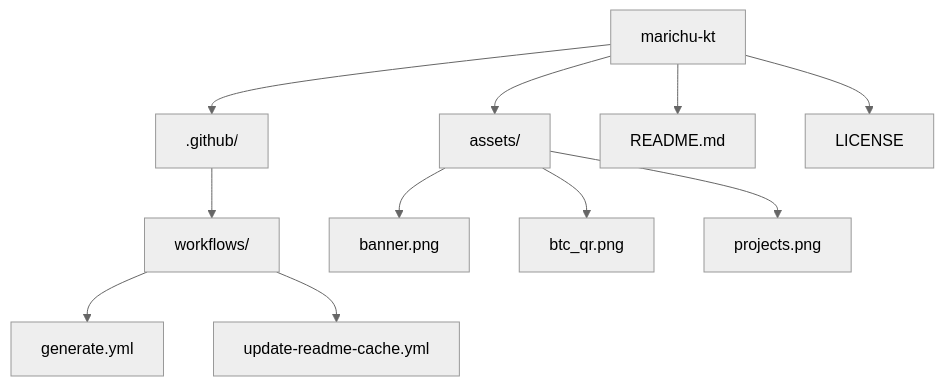
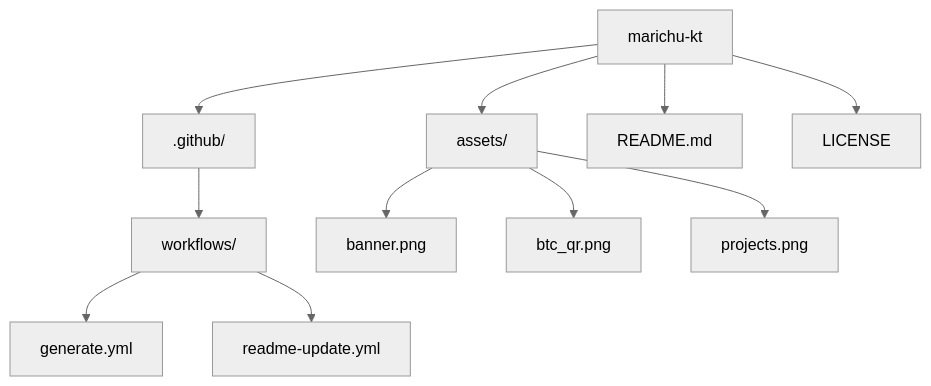
Before and after one commit to marichu-kt/marichu-kt: the diagram in README.md, drawn with Mermaid (neutral theme). The commit also changed other lines of this file, not shown here.

````diff
--- a/README.md
+++ b/README.md
@@ -126,13 +126,13 @@
 ```mermaid
 graph TD
   A[marichu-kt] --> B[.github/]
   B --> C[workflows/]
   C --> D[generate.yml]
-  C --> K[update-readme-cache.yml]
+  C --> K[readme-update.yml]
   A --> E[assets/]
   E --> F[banner.png]
   E --> I[btc_qr.png]
   E --> J[projects.png]
   A --> G[README.md]
   A --> H[LICENSE]
 ```
````
